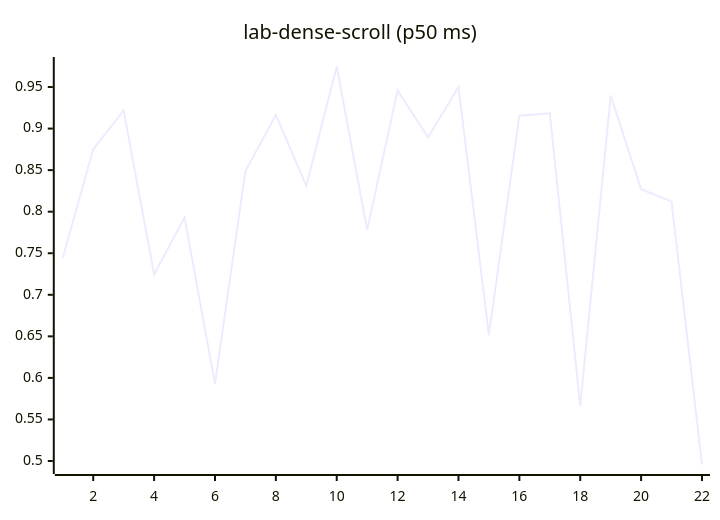
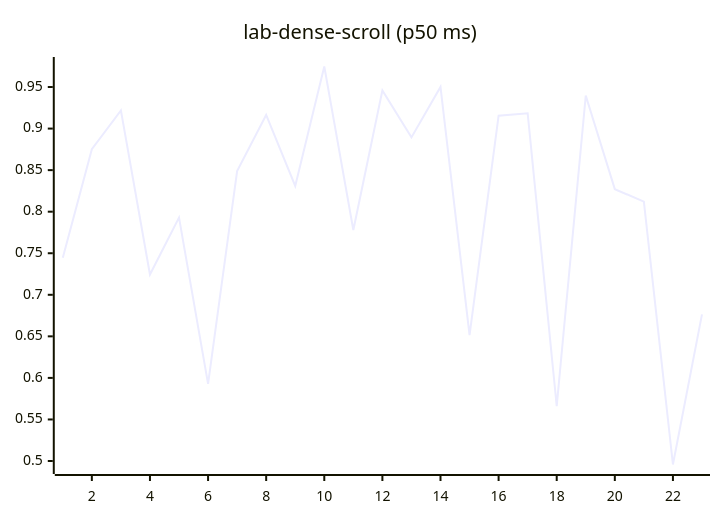
Diagram 12 of 27 in README.md (josha/Facet), drawn with Mermaid before and after one commit. The commit also changed other lines of this file and 2 other files, not shown here.

````diff
--- a/README.md
+++ b/README.md
@@ -140,6 +140,6 @@
 ```mermaid
 xychart-beta
     title "lab-dense-scroll (p50 ms)"
-    x-axis 1 --> 22
-    line [0.7446, 0.8751, 0.9218, 0.7244, 0.7929, 0.5928, 0.8489, 0.9164, 0.8310, 0.9747, 0.7780, 0.9459, 0.8894, 0.9501, 0.6514, 0.9155, 0.9185, 0.5661, 0.9396, 0.8271, 0.8121, 0.4958]
+    x-axis 1 --> 23
+    line [0.7446, 0.8751, 0.9218, 0.7244, 0.7929, 0.5928, 0.8489, 0.9164, 0.8310, 0.9747, 0.7780, 0.9459, 0.8894, 0.9501, 0.6514, 0.9155, 0.9185, 0.5661, 0.9396, 0.8271, 0.8121, 0.4958, 0.6764]
 ```
````
